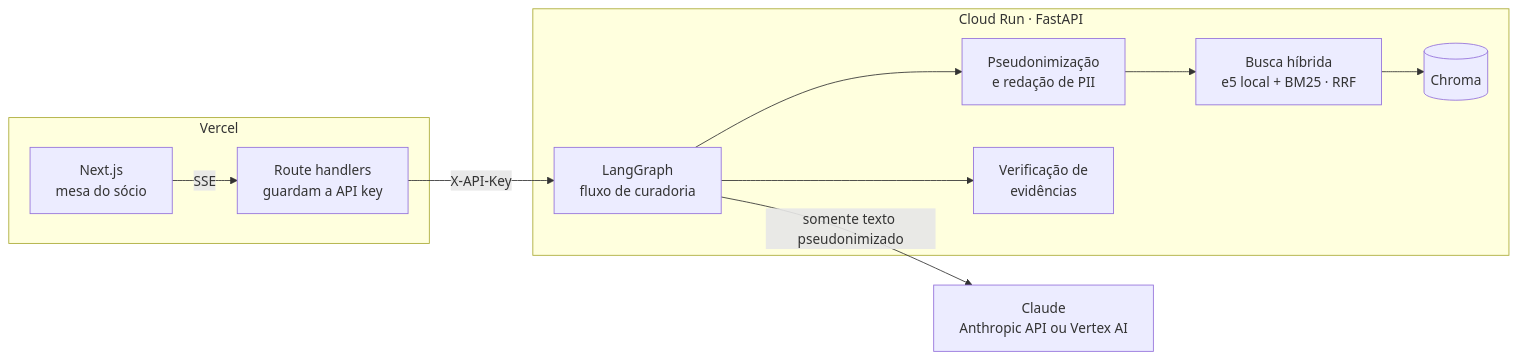
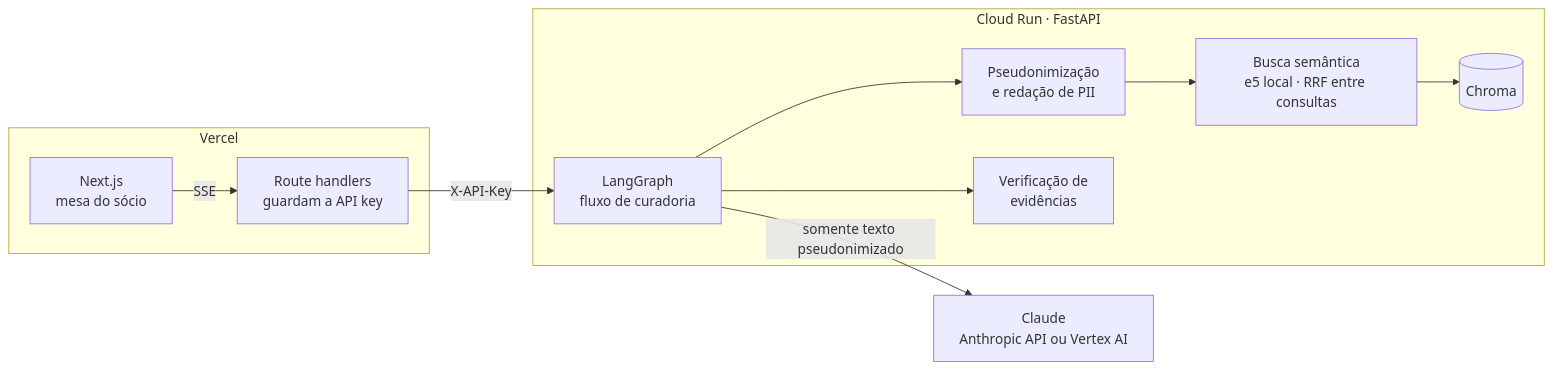
One commit to Dbenas/Ex-search changed the first of 3 diagrams in docs/architecture.md. Above: the diagram before and after it, drawn with Mermaid. The commit also changed other lines of this file and 15 other files, not shown here.

````diff
--- a/docs/architecture.md
+++ b/docs/architecture.md
@@ -5,20 +5,20 @@
 ```mermaid
 flowchart LR
     subgraph Vercel
         UI[Next.js<br/>mesa do sócio]
         BFF[Route handlers<br/>guardam a API key]
     end
     subgraph API["Cloud Run · FastAPI"]
         G[LangGraph<br/>fluxo de curadoria]
         P[Pseudonimização<br/>e redação de PII]
-        R[Busca híbrida<br/>e5 local + BM25 · RRF]
+        R[Busca semântica<br/>e5 local · RRF entre consultas]
         V[(Chroma)]
         GR[Verificação de<br/>evidências]
     end
     LLM[Claude<br/>Anthropic API ou Vertex AI]
 
     UI -->|SSE| BFF -->|X-API-Key| G
     G --> P --> R --> V
     G -->|somente texto pseudonimizado| LLM
     G --> GR
 ```
````
